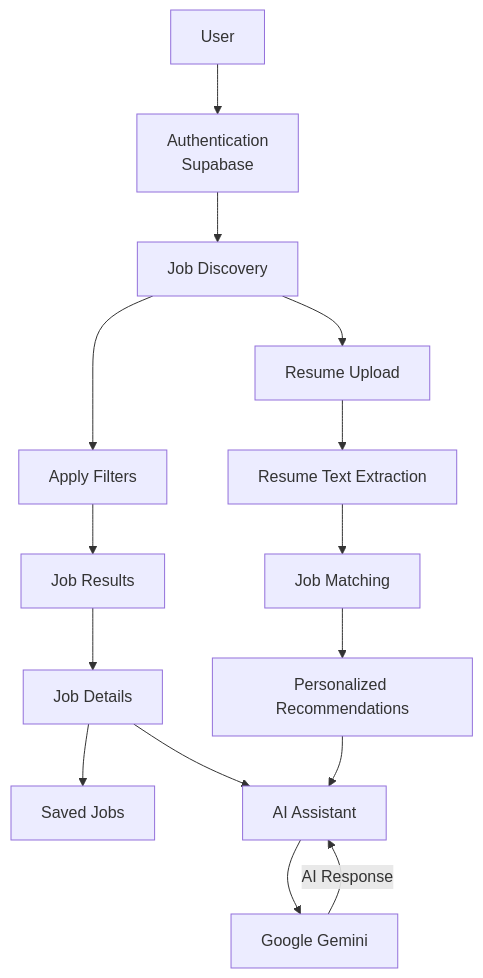
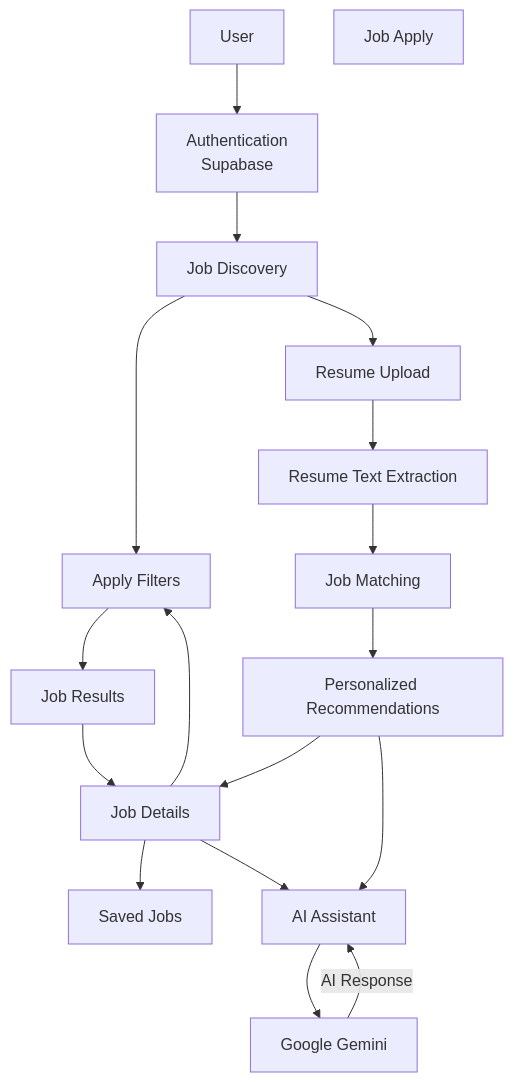
Before and after one commit to DarshanMathpal/JobWiseAI: the first of 2 diagrams in README.md, drawn with Mermaid.

````diff
--- a/README.md
+++ b/README.md
@@ -50,36 +50,39 @@
 ```mermaid
 flowchart TD
     U[User]
     A[Authentication<br/>Supabase]
     D[Job Discovery]
     R[Job Results]
     J[Job Details]
     AP[Apply Filters]
 
     RS[Resume Upload]
     EX[Resume Text Extraction]
     M[Job Matching]
     REC[Personalized Recommendations]
 
     S[Saved Jobs]
+    JA[Job Apply]
     AI[AI Assistant]
     G[Google Gemini]
 
     U --> A
     A --> D
     D --> AP
     AP --> R
     R --> J
     D --> RS
 
     RS --> EX
     EX --> M
     M --> REC
 
     J --> S
     J --> AI
+    J --> AP
+    REC --> J
     REC --> AI
 
     AI --> G
     G -->|AI Response| AI
 ```
````
